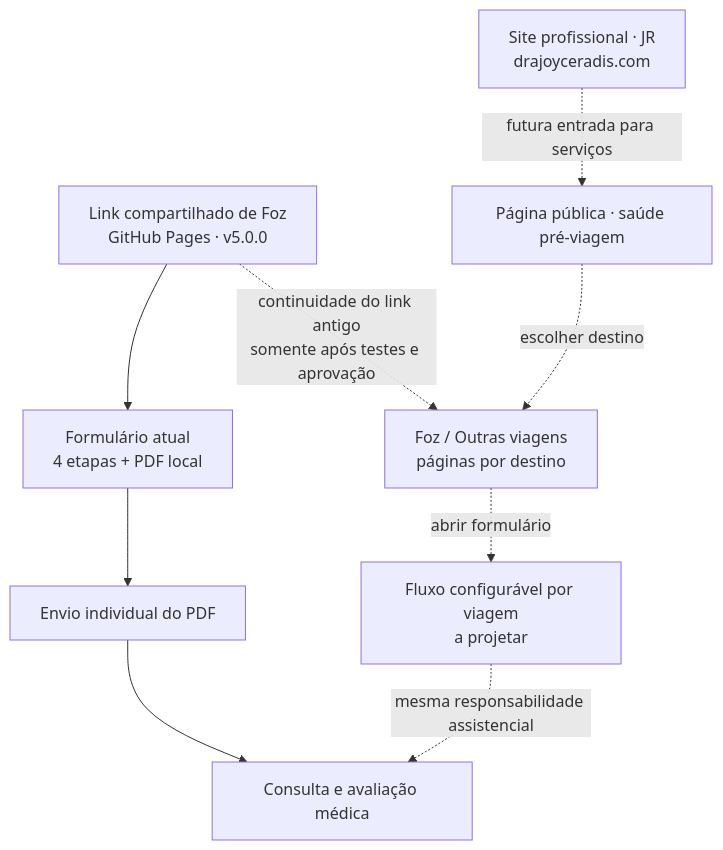
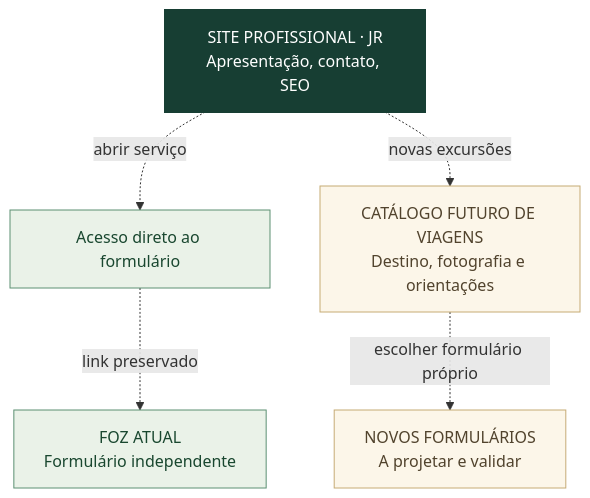
The second of 2 diagrams in docs/MAPA_DO_SITE_E_EVOLUCAO.md (joyceradis/saude-viagem-foz), drawn with Mermaid before and after one commit. The commit also changed other lines of this file and 1 other file, not shown here.

First line of the commit message:
docs: registrar rejeições e preservar formulário Foz; README visual conciso

````diff
--- a/docs/MAPA_DO_SITE_E_EVOLUCAO.md
+++ b/docs/MAPA_DO_SITE_E_EVOLUCAO.md
@@ -19,11 +32,13 @@
 ```mermaid
 flowchart TD
-  A["Link compartilhado de Foz<br/>GitHub Pages · v5.0.0"] --> B["Formulário atual<br/>4 etapas + PDF local"]
-  B --> C["Envio individual do PDF"]
-  C --> D["Consulta e avaliação médica"]
-  E["Site profissional · JR<br/>drajoyceradis.com"] -. "futura entrada para serviços" .-> F["Página pública · saúde pré-viagem"]
-  F -. "escolher destino" .-> G["Foz / Outras viagens<br/>páginas por destino"]
-  G -. "abrir formulário" .-> H["Fluxo configurável por viagem<br/>a projetar"]
-  H -. "mesma responsabilidade assistencial" .-> D
-  A -. "continuidade do link antigo<br/>somente após testes e aprovação" .-> G
+  P["SITE PROFISSIONAL · JR<br/>Apresentação, contato, SEO"] -. "abrir serviço" .-> I["Acesso direto ao formulário"]
+  I -. "link preservado" .-> F["FOZ ATUAL<br/>Formulário independente"]
+  P -. "novas excursões" .-> V["CATÁLOGO FUTURO DE VIAGENS<br/>Destino, fotografia e orientações"]
+  V -. "escolher formulário próprio" .-> N["NOVOS FORMULÁRIOS<br/>A projetar e validar"]
+  classDef portal fill:#173e33,stroke:#173e33,color:#fff,stroke-width:2px;
+  classDef product fill:#eaf2e8,stroke:#5c9072,color:#19472f;
+  classDef future fill:#fcf6e9,stroke:#c6ab75,color:#51432d;
+  class P portal;
+  class F,I product;
+  class V,N future;
 ```
````
